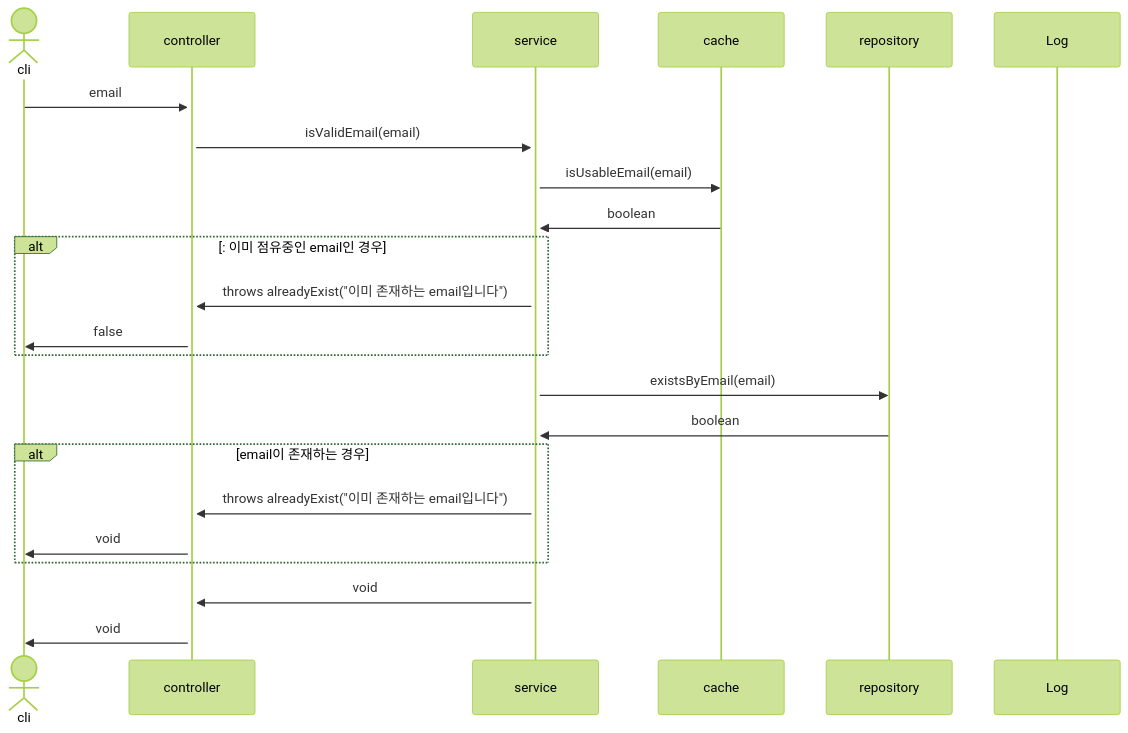
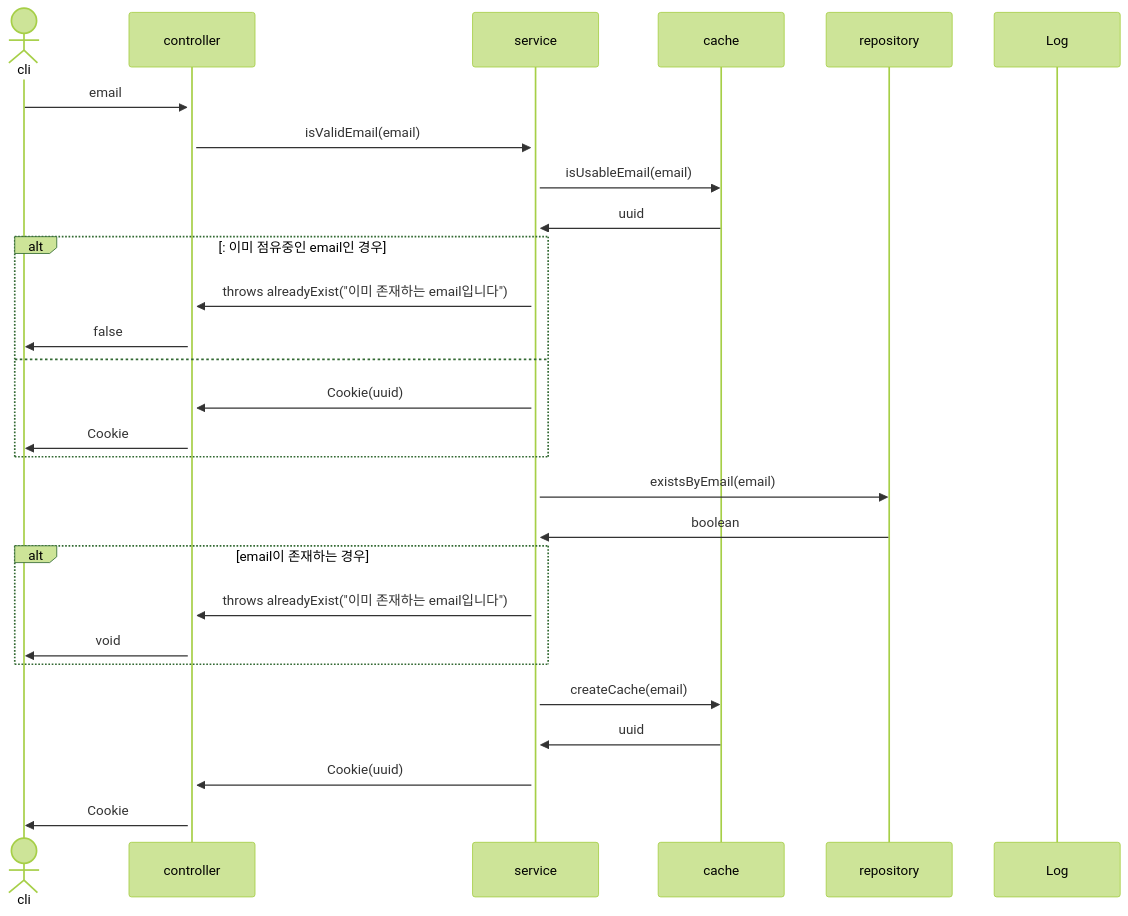
The first of 30 diagrams in sequence.md (mtak0235/snsX), drawn with Mermaid (forest theme) before and after one commit. The commit also changed other lines of this file, not shown here.

Commit message:
update isValidMemberEamil & isValidMemberNickName sequence diagram

````diff
--- a/sequence.md
+++ b/sequence.md
@@ -3,26 +3,31 @@
 ```mermaid
 sequenceDiagram
 actor cli
 participant c as controller
 participant s as service
 participant ca as cache
 participant r as repository
 participant l as Log
 
 cli->>+c: email
 c->>+s: isValidEmail(email)
 s->>ca: isUsableEmail(email)
-ca->>s: boolean
+ca->>s: uuid
 alt: 이미 점유중인 email인 경우
 s->>c: throws alreadyExist("이미 존재하는 email입니다")
 c->>cli: false
+else
+s->>c: Cookie(uuid)
+c->>cli: Cookie
 end
 s->>r: existsByEmail(email)
 r->>s: boolean
 alt email이 존재하는 경우
 s->>c: throws alreadyExist("이미 존재하는 email입니다")
 c->>cli: void
 end
-s->>c: void
-c->>cli: void
+s->>ca: createCache(email)
+ca->>s: uuid
+s->>c: Cookie(uuid)
+c->>cli: Cookie
 ```
````
